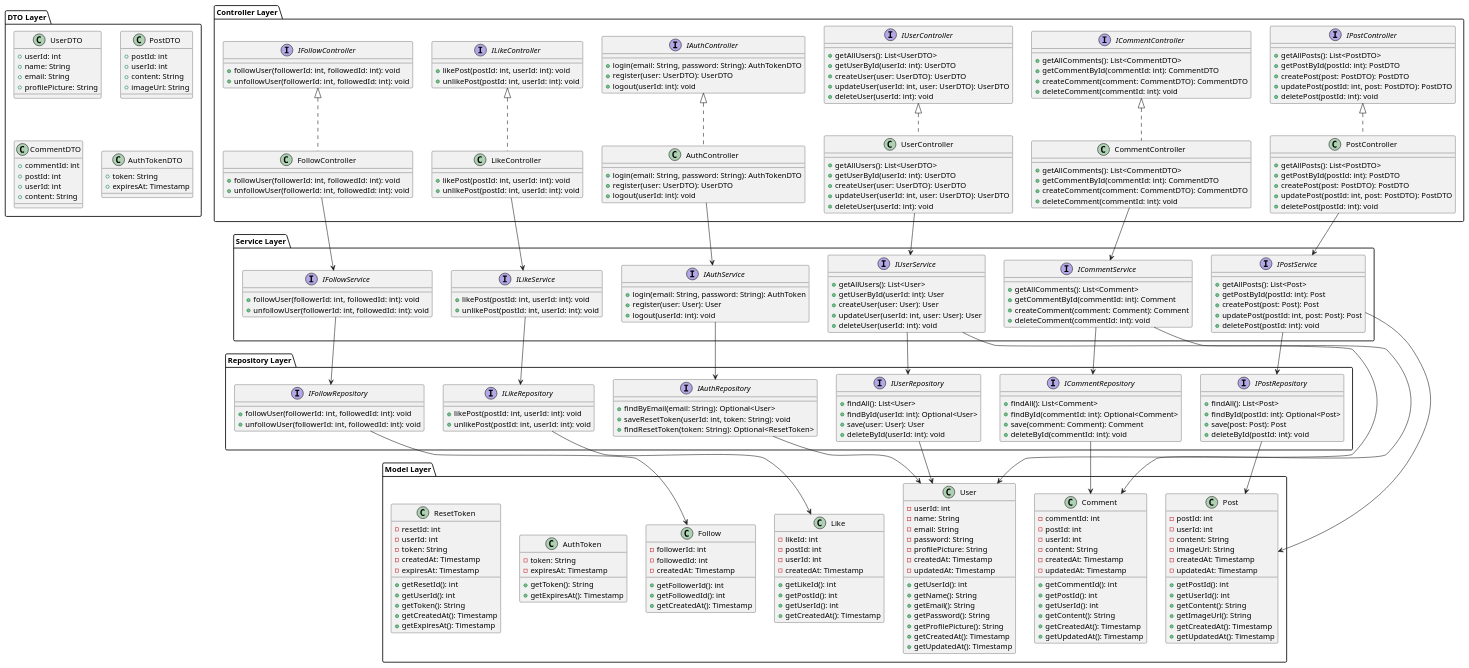
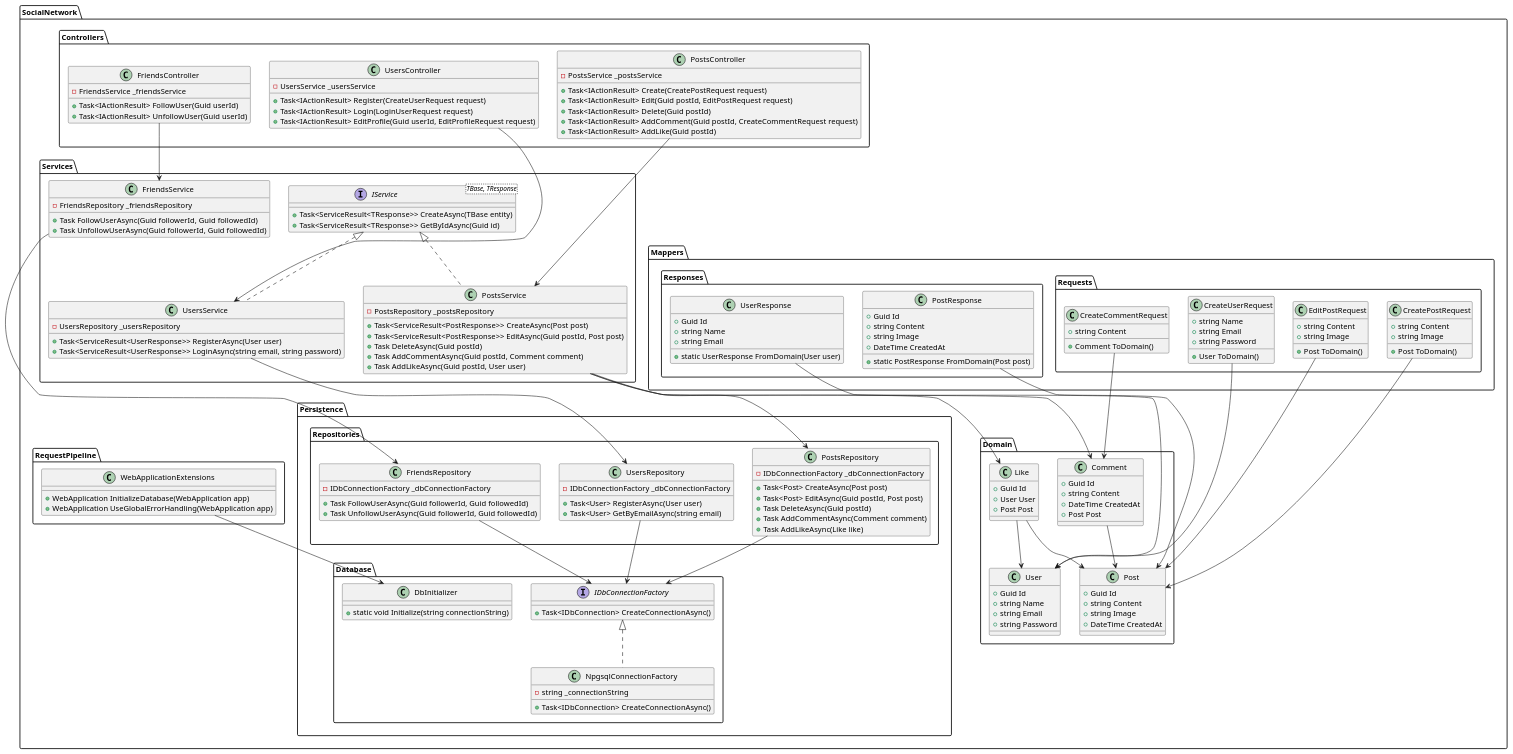
The diagram in SocialNetworkApi/Docs/UML/social-network-api.puml (Social-Network-API/SocialNetworkAPI), drawn with PlantUML before and after one commit. The commit also changed 5 other files, not shown here.

Commit message:
refactor: update uml diagram

```diff
--- a/SocialNetworkApi/Docs/UML/social-network-api.puml
+++ b/SocialNetworkApi/Docs/UML/social-network-api.puml
@@ -1,306 +1,199 @@
-@startuml Social-Network-API
+@startuml Social-Network-Api
 
-package "Controller Layer" {
-    interface IUserController {
-        +getAllUsers(): List<UserDTO>
-        +getUserById(userId: int): UserDTO
-        +createUser(user: UserDTO): UserDTO
-        +updateUser(userId: int, user: UserDTO): UserDTO
-        +deleteUser(userId: int): void
-    }
+namespace SocialNetwork.Controllers {
+  class UsersController {
+    - UsersService _usersService
+    + Task<IActionResult> Register(CreateUserRequest request)
+    + Task<IActionResult> Login(LoginUserRequest request)
+    + Task<IActionResult> EditProfile(Guid userId, EditProfileRequest request)
+  }
+  
+  class PostsController {
+    - PostsService _postsService
+    + Task<IActionResult> Create(CreatePostRequest request)
+    + Task<IActionResult> Edit(Guid postId, EditPostRequest request)
+    + Task<IActionResult> Delete(Guid postId)
+    + Task<IActionResult> AddComment(Guid postId, CreateCommentRequest request)
+    + Task<IActionResult> AddLike(Guid postId)
+  }
 
-    interface IPostController {
-        +getAllPosts(): List<PostDTO>
-        +getPostById(postId: int): PostDTO
-        +createPost(post: PostDTO): PostDTO
-        +updatePost(postId: int, post: PostDTO): PostDTO
-        +deletePost(postId: int): void
-    }
-
-    interface ICommentController {
-        +getAllComments(): List<CommentDTO>
-        +getCommentById(commentId: int): CommentDTO
-        +createComment(comment: CommentDTO): CommentDTO
-        +deleteComment(commentId: int): void
-    }
-
-    interface ILikeController {
-        +likePost(postId: int, userId: int): void
-        +unlikePost(postId: int, userId: int): void
-    }
-
-    interface IFollowController {
-        +followUser(followerId: int, followedId: int): void
-        +unfollowUser(followerId: int, followedId: int): void
-    }
-
-    interface IAuthController {
-        +login(email: String, password: String): AuthTokenDTO
-        +register(user: UserDTO): UserDTO
-        +logout(userId: int): void
-    }
-
-    class UserController implements IUserController {
-        +getAllUsers(): List<UserDTO>
-        +getUserById(userId: int): UserDTO
-        +createUser(user: UserDTO): UserDTO
-        +updateUser(userId: int, user: UserDTO): UserDTO
-        +deleteUser(userId: int): void
-    }
-
-    class PostController implements IPostController {
-        +getAllPosts(): List<PostDTO>
-        +getPostById(postId: int): PostDTO
-        +createPost(post: PostDTO): PostDTO
-        +updatePost(postId: int, post: PostDTO): PostDTO
-        +deletePost(postId: int): void
-    }
-
-    class CommentController implements ICommentController {
-        +getAllComments(): List<CommentDTO>
-        +getCommentById(commentId: int): CommentDTO
-        +createComment(comment: CommentDTO): CommentDTO
-        +deleteComment(commentId: int): void
-    }
-
-    class LikeController implements ILikeController {
-        +likePost(postId: int, userId: int): void
-        +unlikePost(postId: int, userId: int): void
-    }
-
-    class FollowController implements IFollowController {
-        +followUser(followerId: int, followedId: int): void
-        +unfollowUser(followerId: int, followedId: int): void
-    }
-
-    class AuthController implements IAuthController {
-        +login(email: String, password: String): AuthTokenDTO
-        +register(user: UserDTO): UserDTO
-        +logout(userId: int): void
-    }
+  class FriendsController {
+    - FriendsService _friendsService
+    + Task<IActionResult> FollowUser(Guid userId)
+    + Task<IActionResult> UnfollowUser(Guid userId)
+  }
 }
 
-package "Service Layer" {
-    interface IUserService {
-        +getAllUsers(): List<User>
-        +getUserById(userId: int): User
-        +createUser(user: User): User
-        +updateUser(userId: int, user: User): User
-        +deleteUser(userId: int): void
-    }
+namespace SocialNetwork.Mappers.Requests {
+  class CreateUserRequest {
+    + string Name
+    + string Email
+    + string Password
+    + User ToDomain()
+  }
 
-    interface IPostService {
-        +getAllPosts(): List<Post>
-        +getPostById(postId: int): Post
-        +createPost(post: Post): Post
-        +updatePost(postId: int, post: Post): Post
-        +deletePost(postId: int): void
-    }
+  class CreatePostRequest {
+    + string Content
+    + string Image
+    + Post ToDomain()
+  }
 
-    interface ICommentService {
-        +getAllComments(): List<Comment>
-        +getCommentById(commentId: int): Comment
-        +createComment(comment: Comment): Comment
-        +deleteComment(commentId: int): void
-    }
-
-    interface ILikeService {
-        +likePost(postId: int, userId: int): void
-        +unlikePost(postId: int, userId: int): void
-    }
-
-    interface IFollowService {
-        +followUser(followerId: int, followedId: int): void
-        +unfollowUser(followerId: int, followedId: int): void
-    }
-
-    interface IAuthService {
-        +login(email: String, password: String): AuthToken
-        +register(user: User): User
-        +logout(userId: int): void
-    }    
+  class EditPostRequest {
+    + string Content
+    + string Image
+    + Post ToDomain()
+  }
+  
+  class CreateCommentRequest {
+    + string Content
+    + Comment ToDomain()
+  }
 }
 
-package "Repository Layer" {
-    interface IUserRepository {
-        +findAll(): List<User>
-        +findById(userId: int): Optional<User>
-        +save(user: User): User
-        +deleteById(userId: int): void
-    }
+namespace SocialNetwork.Services {
+  interface IService<TBase, TResponse> {
+    + Task<ServiceResult<TResponse>> CreateAsync(TBase entity)
+    + Task<ServiceResult<TResponse>> GetByIdAsync(Guid id)
+  }
 
-    interface IPostRepository {
-        +findAll(): List<Post>
-        +findById(postId: int): Optional<Post>
-        +save(post: Post): Post
-        +deleteById(postId: int): void
-    }
+  class UsersService implements IService<User, UserResponse> {
+    - UsersRepository _usersRepository
+    + Task<ServiceResult<UserResponse>> RegisterAsync(User user)
+    + Task<ServiceResult<UserResponse>> LoginAsync(string email, string password)
+  }
 
-    interface ICommentRepository {
-        +findAll(): List<Comment>
-        +findById(commentId: int): Optional<Comment>
-        +save(comment: Comment): Comment
-        +deleteById(commentId: int): void
-    }
-
-    interface ILikeRepository {
-        +likePost(postId: int, userId: int): void
-        +unlikePost(postId: int, userId: int): void
-    }
-
-    interface IFollowRepository {
-        +followUser(followerId: int, followedId: int): void
-        +unfollowUser(followerId: int, followedId: int): void
-    }
-
-    interface IAuthRepository {
-        +findByEmail(email: String): Optional<User>
-        +saveResetToken(userId: int, token: String): void
-        +findResetToken(token: String): Optional<ResetToken>
-    }
+  class PostsService implements IService<Post, PostResponse> {
+    - PostsRepository _postsRepository
+    + Task<ServiceResult<PostResponse>> CreateAsync(Post post)
+    + Task<ServiceResult<PostResponse>> EditAsync(Guid postId, Post post)
+    + Task DeleteAsync(Guid postId)
+    + Task AddCommentAsync(Guid postId, Comment comment)
+    + Task AddLikeAsync(Guid postId, User user)
+  }
+  
+  class FriendsService {
+    - FriendsRepository _friendsRepository
+    + Task FollowUserAsync(Guid followerId, Guid followedId)
+    + Task UnfollowUserAsync(Guid followerId, Guid followedId)
+  }
 }
 
-package "Model Layer" {
-    class User {
-        -userId: int
-        -name: String
-        -email: String
-        -password: String
-        -profilePicture: String
-        -createdAt: Timestamp
-        -updatedAt: Timestamp
-        +getUserId(): int
-        +getName(): String
-        +getEmail(): String
-        +getPassword(): String
-        +getProfilePicture(): String
-        +getCreatedAt(): Timestamp
-        +getUpdatedAt(): Timestamp
-    }
+namespace SocialNetwork.Domain {
+  class User {
+    + Guid Id
+    + string Name
+    + string Email
+    + string Password
+  }
 
-    class Post {
-        -postId: int
-        -userId: int
-        -content: String
-        -imageUrl: String
-        -createdAt: Timestamp
-        -updatedAt: Timestamp
-        +getPostId(): int
-        +getUserId(): int
-        +getContent(): String
-        +getImageUrl(): String
-        +getCreatedAt(): Timestamp
-        +getUpdatedAt(): Timestamp
-    }
-
-    class Comment {
-        -commentId: int
-        -postId: int
-        -userId: int
-        -content: String
-        -createdAt: Timestamp
-        -updatedAt: Timestamp
-        +getCommentId(): int
-        +getPostId(): int
-        +getUserId(): int
-        +getContent(): String
-        +getCreatedAt(): Timestamp
-        +getUpdatedAt(): Timestamp
-    }
-
-    class Like {
-        -likeId: int
-        -postId: int
-        -userId: int
-        -createdAt: Timestamp
-        +getLikeId(): int
-        +getPostId(): int
-        +getUserId(): int
-        +getCreatedAt(): Timestamp
-    }
-
-    class Follow {
-        -followerId: int
-        -followedId: int
-        -createdAt: Timestamp
-        +getFollowerId(): int
-        +getFollowedId(): int
-        +getCreatedAt(): Timestamp
-    }
-
-    class AuthToken {
-        -token: String
-        -expiresAt: Timestamp
-        +getToken(): String
-        +getExpiresAt(): Timestamp
-    }
-
-    class ResetToken {
-        -resetId: int
-        -userId: int
-        -token: String
-        -createdAt: Timestamp
-        -expiresAt: Timestamp
-        +getResetId(): int
-        +getUserId(): int
-        +getToken(): String
-        +getCreatedAt(): Timestamp
-        +getExpiresAt(): Timestamp
-    }    
+  class Post {
+    + Guid Id
+    + string Content
+    + string Image
+    + DateTime CreatedAt
+  }
+  
+  class Comment {
+    + Guid Id
+    + string Content
+    + DateTime CreatedAt
+    + Post Post
+  }
+  
+  class Like {
+    + Guid Id
+    + User User
+    + Post Post
+  }
 }
 
-package "DTO Layer" {
-    class UserDTO {
-        +userId: int
-        +name: String
-        +email: String
-        +profilePicture: String
-    }
+namespace SocialNetwork.Mappers.Responses {
+  class UserResponse {
+    + Guid Id
+    + string Name
+    + string Email
+    + static UserResponse FromDomain(User user)
+  }
 
-    class PostDTO {
-        +postId: int
-        +userId: int
-        +content: String
-        +imageUrl: String
-    }
-
-    class CommentDTO {
-        +commentId: int
-        +postId: int
-        +userId: int
-        +content: String
-    }
-
-    class AuthTokenDTO {
-        +token: String
-        +expiresAt: Timestamp
-    }
-
+  class PostResponse {
+    + Guid Id
+    + string Content
+    + string Image
+    + DateTime CreatedAt
+    + static PostResponse FromDomain(Post post)
+  }
 }
 
-UserController --> IUserService
-PostController --> IPostService
-CommentController --> ICommentService
-LikeController --> ILikeService
-FollowController --> IFollowService
-AuthController --> IAuthService
+namespace SocialNetwork.Persistence.Repositories {
+  class UsersRepository {
+    - IDbConnectionFactory _dbConnectionFactory
+    + Task<User> RegisterAsync(User user)
+    + Task<User> GetByEmailAsync(string email)
+  }
 
-IUserService --> IUserRepository
-IPostService --> IPostRepository
-ICommentService --> ICommentRepository
-ILikeService --> ILikeRepository
-IFollowService --> IFollowRepository
-IAuthService --> IAuthRepository
+  class PostsRepository {
+    - IDbConnectionFactory _dbConnectionFactory
+    + Task<Post> CreateAsync(Post post)
+    + Task<Post> EditAsync(Guid postId, Post post)
+    + Task DeleteAsync(Guid postId)
+    + Task AddCommentAsync(Comment comment)
+    + Task AddLikeAsync(Like like)
+  }
 
-IUserRepository --> User
-IPostRepository --> Post
-ICommentRepository --> Comment
-ILikeRepository --> Like
-IFollowRepository --> Follow
-IAuthRepository --> User
+  class FriendsRepository {
+    - IDbConnectionFactory _dbConnectionFactory
+    + Task FollowUserAsync(Guid followerId, Guid followedId)
+    + Task UnfollowUserAsync(Guid followerId, Guid followedId)
+  }
+}
+namespace SocialNetwork.Persistence.Database {
+  class NpgsqlConnectionFactory implements IDbConnectionFactory {
+    - string _connectionString
+    + Task<IDbConnection> CreateConnectionAsync()
+  }
 
-IUserService --> User
-IPostService --> Post
-ICommentService --> Comment
+  interface IDbConnectionFactory {
+    + Task<IDbConnection> CreateConnectionAsync()
+  }
+
+  class DbInitializer {
+    + static void Initialize(string connectionString)
+  }
+}
+
+namespace SocialNetwork.RequestPipeline {
+  class WebApplicationExtensions {
+    + WebApplication InitializeDatabase(WebApplication app)
+    + WebApplication UseGlobalErrorHandling(WebApplication app)
+  }
+}
+
+PostsController --> PostsService
+PostsService --> PostsRepository
+PostsService --> Comment
+PostsService --> Like
+
+UsersController --> UsersService
+UsersService --> UsersRepository
+
+FriendsController --> FriendsService
+FriendsService --> FriendsRepository
+
+CreateUserRequest --> User
+CreatePostRequest --> Post
+EditPostRequest --> Post
+CreateCommentRequest --> Comment
+
+UserResponse --> User
+PostResponse --> Post
+
+Comment --> Post
+Like --> Post
+Like --> User
+
+UsersRepository --> IDbConnectionFactory
+PostsRepository --> IDbConnectionFactory
+FriendsRepository --> IDbConnectionFactory
+WebApplicationExtensions --> DbInitializer
 
 @enduml
```
